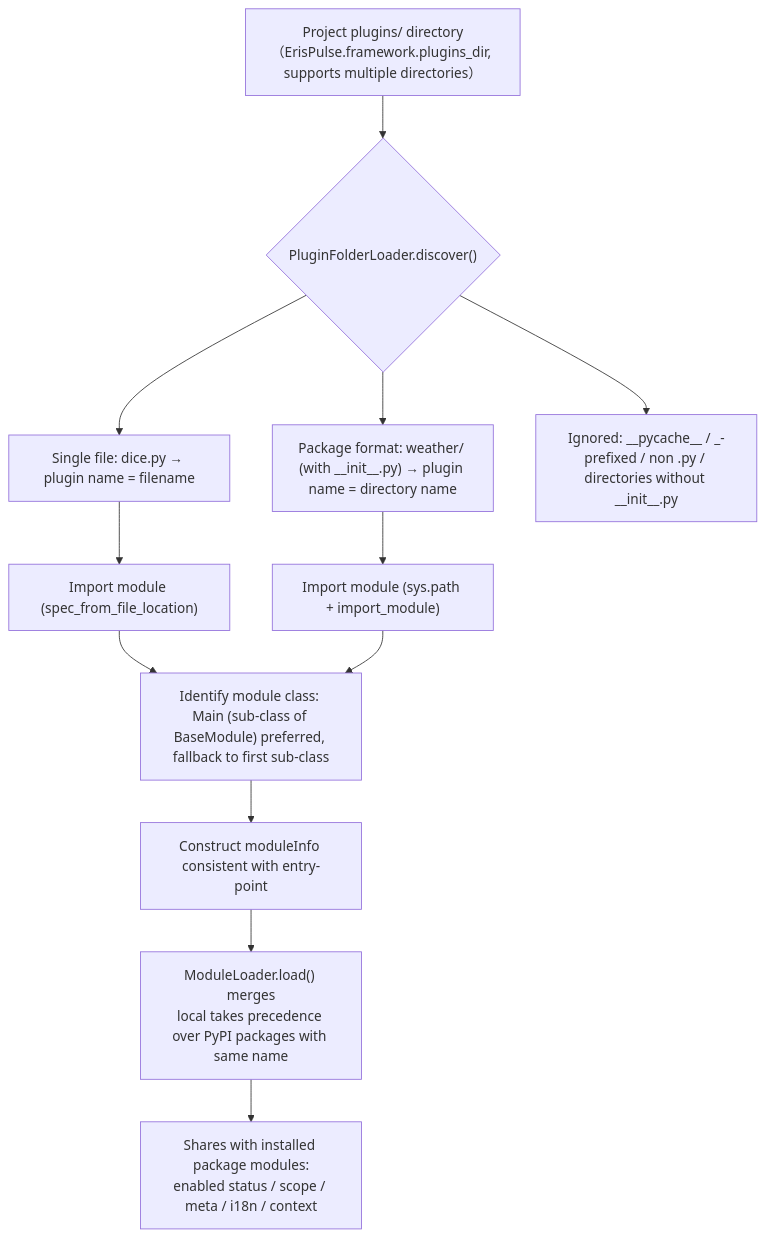
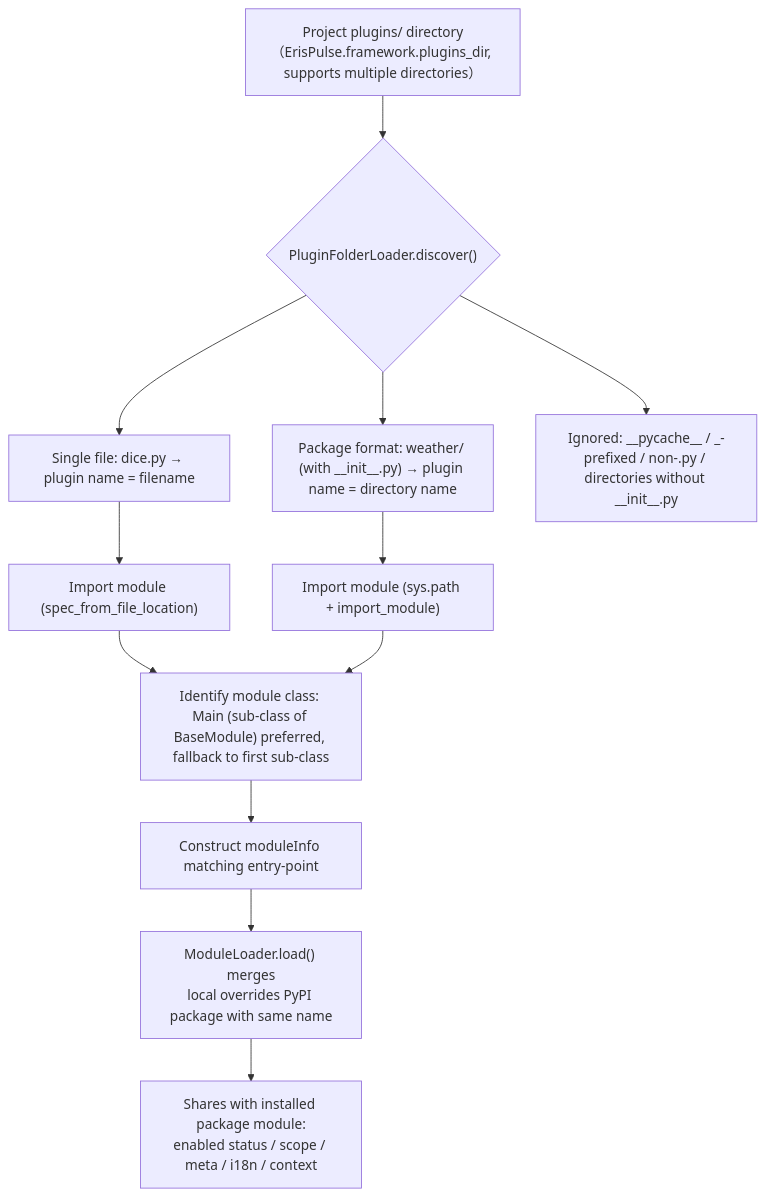
The eighth of 9 diagrams in docs/en/architecture.md (ErisPulse/ErisPulse), drawn with Mermaid before and after one commit. The commit also changed other lines of this file and 622 other files, not shown here.

````diff
--- a/docs/en/architecture.md
+++ b/docs/en/architecture.md
@@ -262,14 +258,14 @@
 ```mermaid
 flowchart TD
     A["Project plugins/ directory<br/>（ErisPulse.framework.plugins_dir, supports multiple directories）"] --> B{"PluginFolderLoader.discover()"}
     B --> C["Single file: dice.py → plugin name = filename"]
     B --> D["Package format: weather/ (with __init__.py) → plugin name = directory name"]
-    B --> E["Ignored: __pycache__ / _-prefixed / non .py / directories without __init__.py"]
+    B --> E["Ignored: __pycache__ / _-prefixed / non-.py / directories without __init__.py"]
     C --> F["Import module (spec_from_file_location)"]
     D --> G["Import module (sys.path + import_module)"]
     F --> H["Identify module class: Main (sub-class of BaseModule) preferred, fallback to first sub-class"]
     G --> H
-    H --> I["Construct moduleInfo consistent with entry-point"]
-    I --> J["ModuleLoader.load() merges<br/>local takes precedence over PyPI packages with same name"]
-    J --> K["Shares with installed package modules:<br/>enabled status / scope / meta / i18n / context"]
+    H --> I["Construct moduleInfo matching entry-point"]
+    I --> J["ModuleLoader.load() merges<br/>local overrides PyPI package with same name"]
+    J --> K["Shares with installed package module:<br/>enabled status / scope / meta / i18n / context"]
 ```
````
